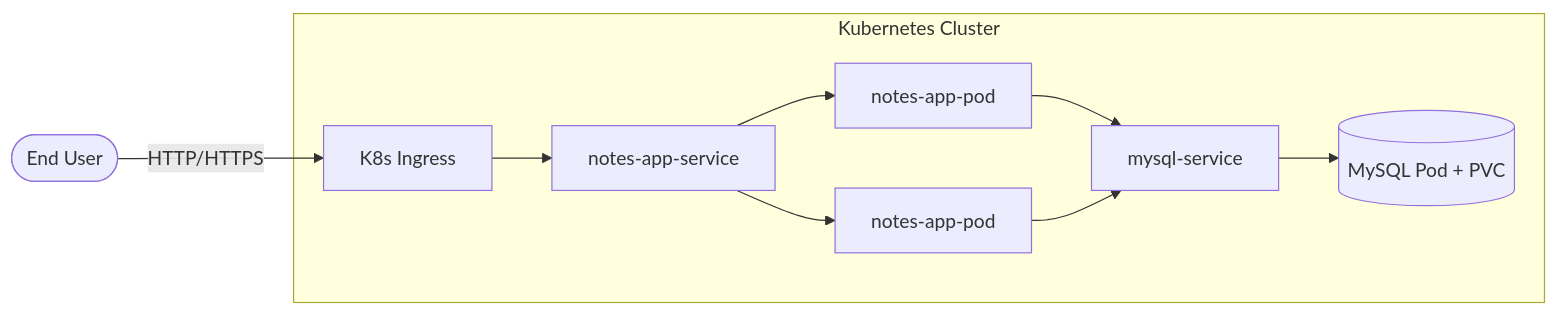
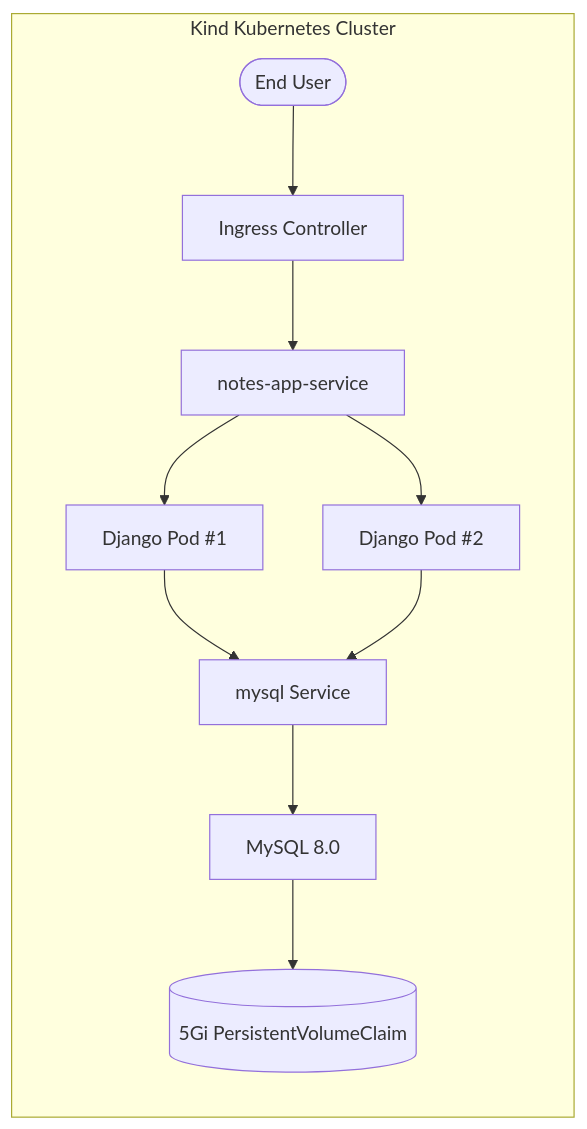
The first of 2 diagrams in README.md (sudarshanvashisht/django-notes-app-k8s), drawn with Mermaid before and after one commit. The commit also changed other lines of this file, not shown here.

````diff
--- a/README.md
+++ b/README.md
@@ -31,14 +47,26 @@
 ```mermaid
 flowchart LR
-    User([End User]) -->|HTTP/HTTPS| Ingress[K8s Ingress]
-    
-    subgraph Kubernetes Cluster
-        Ingress --> AppSvc[notes-app-service]
-        AppSvc --> Pod1[notes-app-pod]
-        AppSvc --> Pod2[notes-app-pod]
-        
-        Pod1 --> MySqlSvc[mysql-service]
-        Pod2 --> MySqlSvc
-        MySqlSvc --> DB[(MySQL Pod + PVC)]
+    User([End User])
+
+    subgraph Kubernetes["Kind Kubernetes Cluster"]
+        Ingress["Ingress Controller"]
+        Service["notes-app-service"]
+
+        App1["Django Pod #1"]
+        App2["Django Pod #2"]
+
+        MySQLService["mysql Service"]
+        MySQL["MySQL 8.0"]
+        PVC[("5Gi PersistentVolumeClaim")]
+
+        User --> Ingress
+        Ingress --> Service
+        Service --> App1
+        Service --> App2
+
+        App1 --> MySQLService
+        App2 --> MySQLService
+        MySQLService --> MySQL
+        MySQL --> PVC
     end
 ```
````
